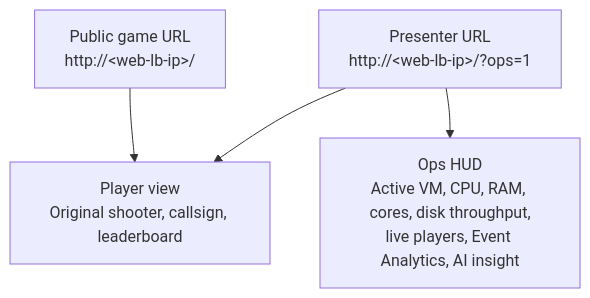
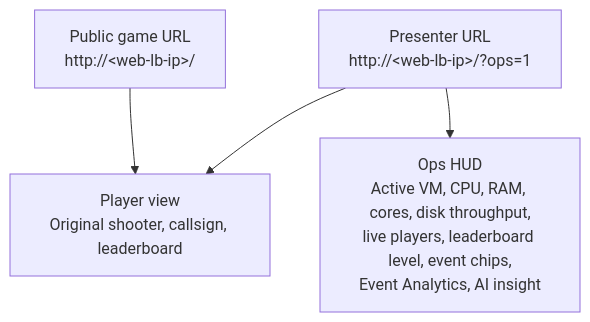
The second of 2 diagrams in docs/oci-defense-grid-wireframe.md (mr-ulusoy/oci-defense-grid-demo), drawn with Mermaid before and after one commit. The commit also changed 25 other files, not shown here.

````diff
--- a/docs/oci-defense-grid-wireframe.md
+++ b/docs/oci-defense-grid-wireframe.md
@@ -78,11 +78,11 @@
 ```mermaid
 flowchart TB
   publicUrl["Public game URL<br/>http://&lt;web-lb-ip&gt;/"]
   playerView["Player view<br/>Original shooter, callsign, leaderboard"]
   opsUrl["Presenter URL<br/>http://&lt;web-lb-ip&gt;/?ops=1"]
-  opsHud["Ops HUD<br/>Active VM, CPU, RAM, cores, disk throughput,<br/>live players, Event Analytics, AI insight"]
+  opsHud["Ops HUD<br/>Active VM, CPU, RAM, cores, disk throughput,<br/>live players, leaderboard level, event chips,<br/>Event Analytics, AI insight"]
 
   publicUrl --> playerView
   opsUrl --> playerView
   opsUrl --> opsHud
 ```
````
